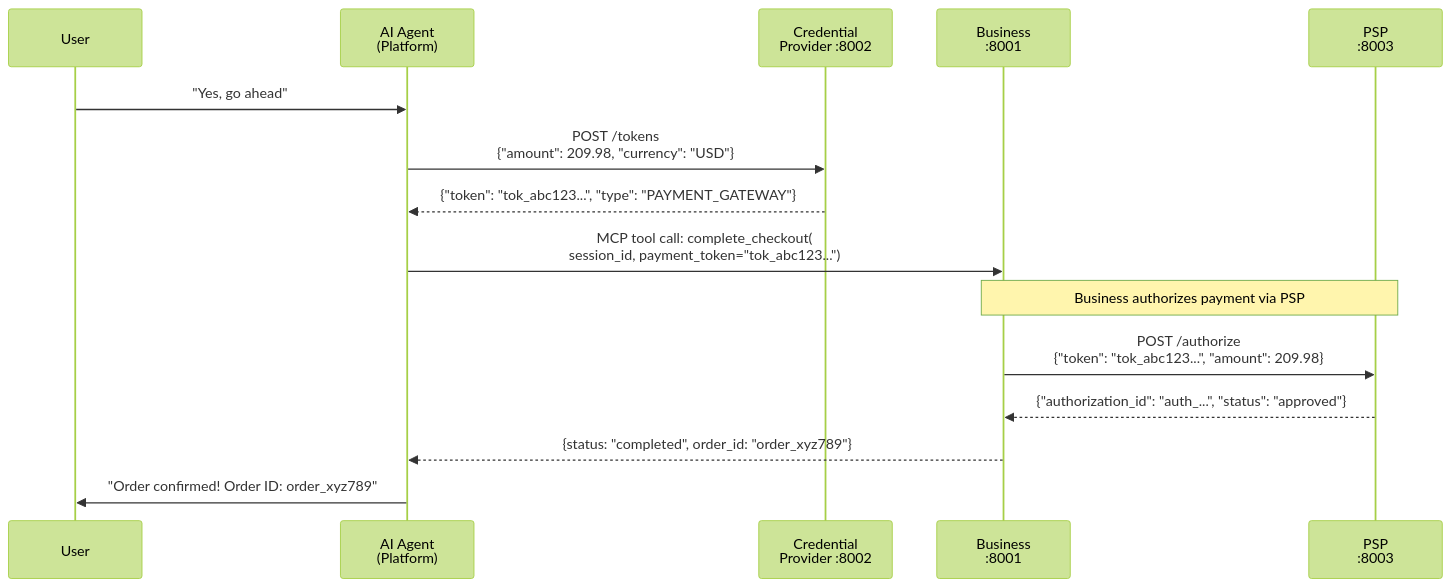
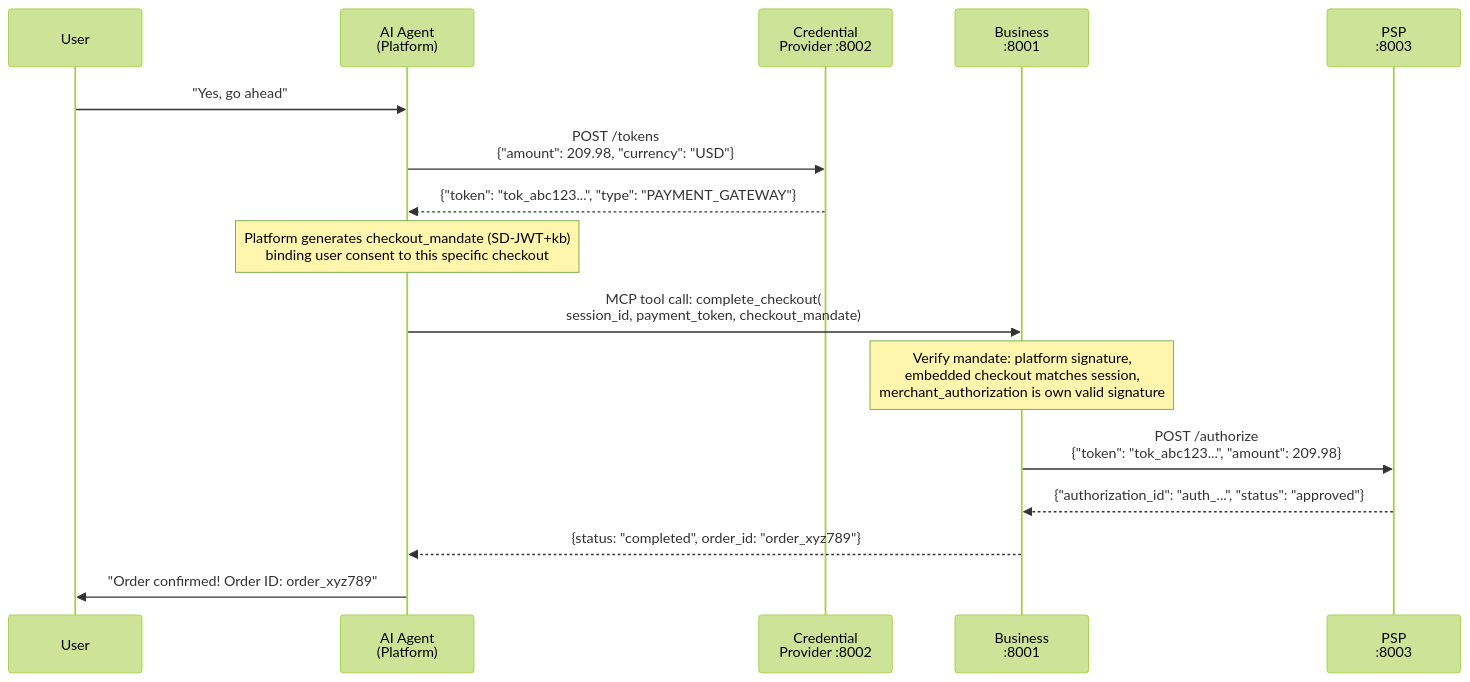
The fifth of 7 diagrams in README.md (wjdix/ucp-exploration), drawn with Mermaid (forest theme) before and after one commit. The commit also changed other lines of this file and 37 other files, not shown here.

````diff
--- a/README.md
+++ b/README.md
@@ -242,21 +263,23 @@
 ```mermaid
 sequenceDiagram
     participant User
     participant Agent as AI Agent<br/>(Platform)
     participant CP as Credential<br/>Provider :8002
     participant Business as Business<br/>:8001
     participant PSP as PSP<br/>:8003
 
     User->>Agent: "Yes, go ahead"
     Agent->>CP: POST /tokens<br/>{"amount": 209.98, "currency": "USD"}
     CP-->>Agent: {"token": "tok_abc123...", "type": "PAYMENT_GATEWAY"}
 
-    Agent->>Business: MCP tool call: complete_checkout(<br/>session_id, payment_token="tok_abc123...")
+    Note over Agent: Platform generates checkout_mandate (SD-JWT+kb)<br/>binding user consent to this specific checkout
 
-    Note over Business,PSP: Business authorizes payment via PSP
+    Agent->>Business: MCP tool call: complete_checkout(<br/>session_id, payment_token, checkout_mandate)
+
+    Note over Business: Verify mandate: platform signature,<br/>embedded checkout matches session,<br/>merchant_authorization is own valid signature
     Business->>PSP: POST /authorize<br/>{"token": "tok_abc123...", "amount": 209.98}
     PSP-->>Business: {"authorization_id": "auth_...", "status": "approved"}
 
     Business-->>Agent: {status: "completed", order_id: "order_xyz789"}
     Agent->>User: "Order confirmed! Order ID: order_xyz789"
 ```
````
